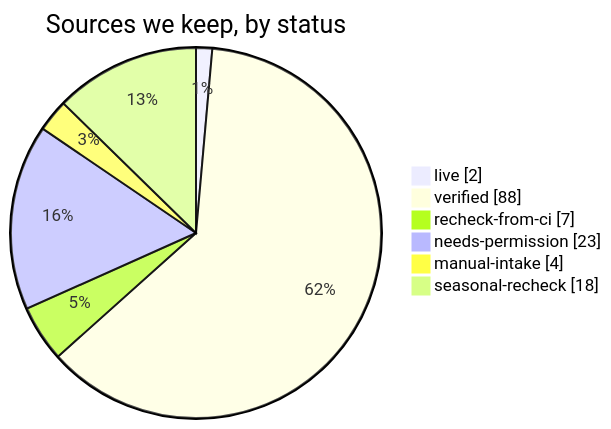
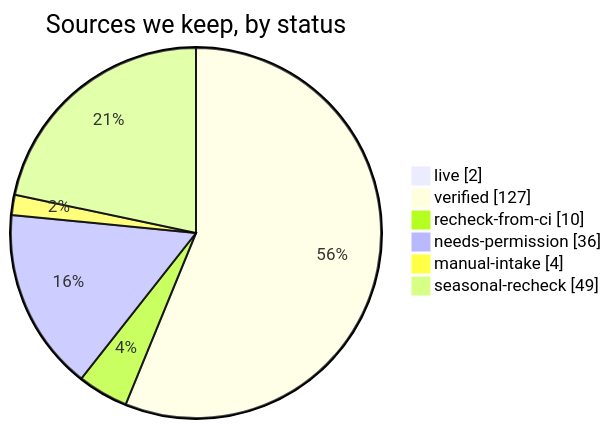
Before and after one commit to michaelsrichter/long-island-dance-events: the diagram in docs/source-catalog.md, drawn with Mermaid. The commit also changed other lines of this file and 136 other files, not shown here.

````diff
--- a/docs/source-catalog.md
+++ b/docs/source-catalog.md
@@ -93,9 +121,9 @@
 ```mermaid
 pie showData title Sources we keep, by status
   "live" : 2
-  "verified" : 88
-  "recheck-from-ci" : 7
-  "needs-permission" : 23
+  "verified" : 127
+  "recheck-from-ci" : 10
+  "needs-permission" : 36
   "manual-intake" : 4
-  "seasonal-recheck" : 18
+  "seasonal-recheck" : 49
 ```
````
